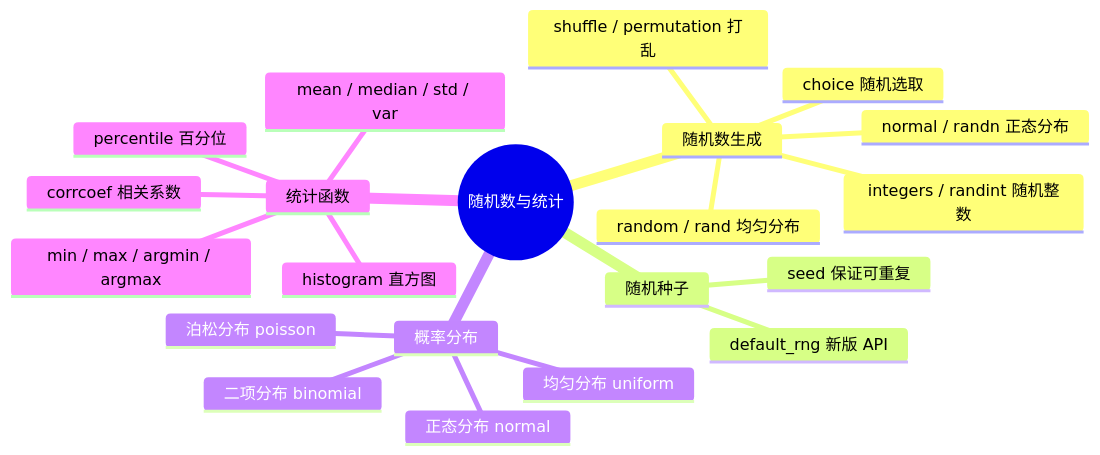
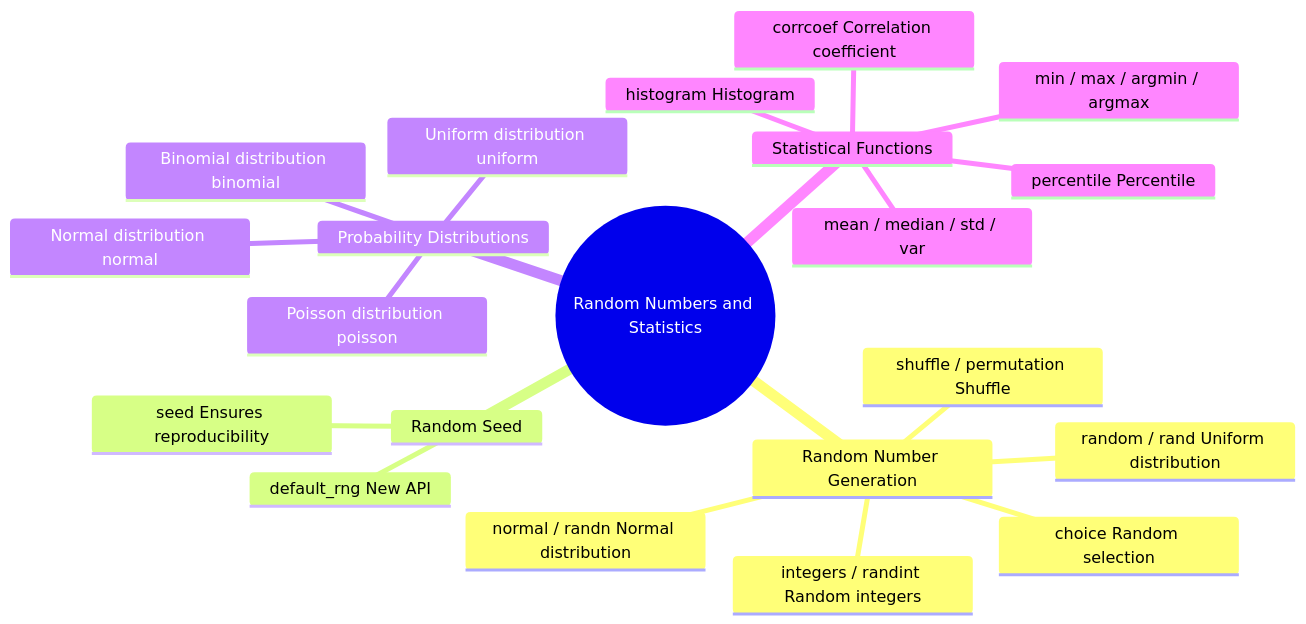
One commit to oudbiao/AI-fullstack-course changed the first of 2 diagrams in docs/ch03-data-analysis/ch02-numpy/07-random-stats.md. Above: the diagram before and after it, drawn with Mermaid. The commit also changed other lines of this file and 1406 other files, not shown here.

````diff
--- a/docs/ch03-data-analysis/ch02-numpy/07-random-stats.md
+++ b/docs/ch03-data-analysis/ch02-numpy/07-random-stats.md
@@ -371,24 +371,24 @@
 ```mermaid
 mindmap
-  root((随机数与统计))
-    随机数生成
-      random / rand 均匀分布
-      normal / randn 正态分布
-      integers / randint 随机整数
-      choice 随机选取
-      shuffle / permutation 打乱
-    随机种子
-      seed 保证可重复
-      default_rng 新版 API
-    概率分布
-      均匀分布 uniform
-      正态分布 normal
-      二项分布 binomial
-      泊松分布 poisson
-    统计函数
+  root((Random Numbers and Statistics))
+    Random Number Generation
+      random / rand Uniform distribution
+      normal / randn Normal distribution
+      integers / randint Random integers
+      choice Random selection
+      shuffle / permutation Shuffle
+    Random Seed
+      seed Ensures reproducibility
+      default_rng New API
+    Probability Distributions
+      Uniform distribution uniform
+      Normal distribution normal
+      Binomial distribution binomial
+      Poisson distribution poisson
+    Statistical Functions
       mean / median / std / var
       min / max / argmin / argmax
-      percentile 百分位
-      corrcoef 相关系数
-      histogram 直方图
+      percentile Percentile
+      corrcoef Correlation coefficient
+      histogram Histogram
 ```
````
